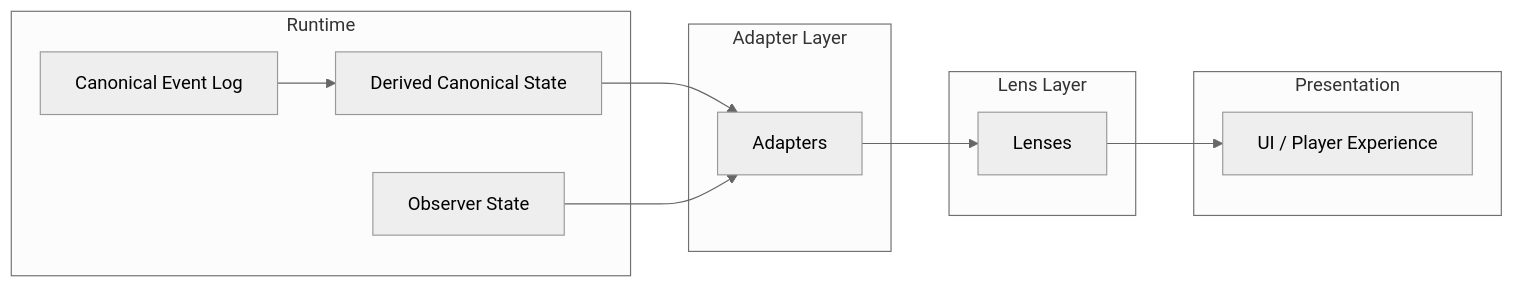
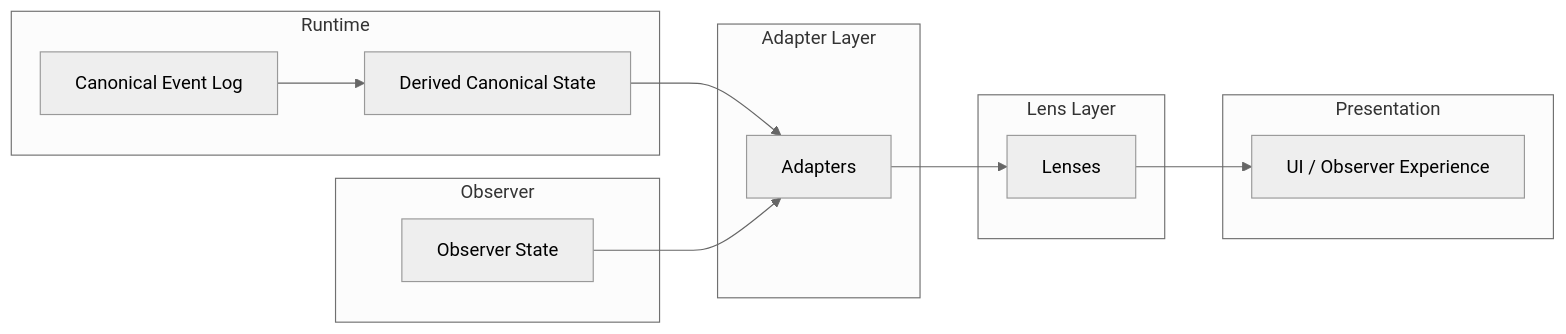
The diagram in diagrams/CrypSA_adapter_lens_runtime_relationship.md (godofthunder101/crypsa-architecture), drawn with Mermaid (neutral theme) before and after one commit. The commit also changed other lines of this file, not shown here.

First line of the commit message:
Revise system diagram and layer descriptions

`````diff
--- a/diagrams/CrypSA_adapter_lens_runtime_relationship.md
+++ b/diagrams/CrypSA_adapter_lens_runtime_relationship.md
@@ -12,29 +14,31 @@
 ```mermaid
 flowchart LR
 
 subgraph Runtime
 A[Canonical Event Log]
 B[Derived Canonical State]
+end
+
+subgraph Observer
 C[Observer State]
 end
 
 subgraph Adapter Layer
 D[Adapters]
 end
 
 subgraph Lens Layer
 E[Lenses]
 end
 
 subgraph Presentation
-F[UI / Player Experience]
+F[UI / Observer Experience]
 end
 
 A --> B
 B --> D
 C --> D
 
 D --> E
 E --> F
-
 ````
`````
